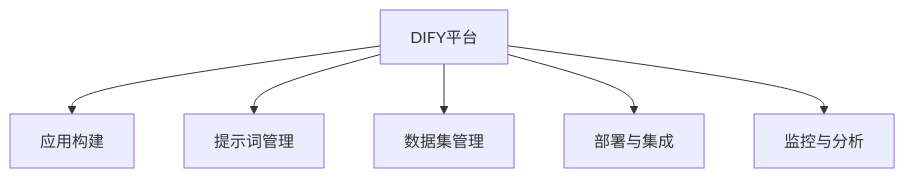
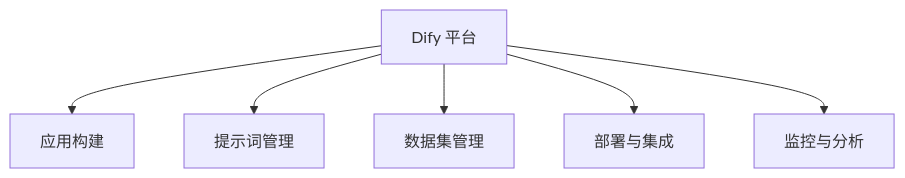
The first of 6 diagrams in _posts/2025-05-21-基于DIFY的企业级工作流Agent搭建指南.md (thedeathsheep/pocaster.github.io), drawn with Mermaid before and after one commit. The commit also changed other lines of this file and 221 other files, not shown here.

```diff
--- a/_posts/2025-05-21-基于DIFY的企业级工作流Agent搭建指南.md
+++ b/_posts/2025-05-21-基于DIFY的企业级工作流Agent搭建指南.md
@@ -20,8 +20,8 @@
 <div class="mermaid">
 graph TD
-    A[DIFY平台] --> B[应用构建]
+    A[Dify 平台] --> B[应用构建]
     A --> C[提示词管理]
     A --> D[数据集管理]
     A --> E[部署与集成]
     A --> F[监控与分析]
 </div>
```
